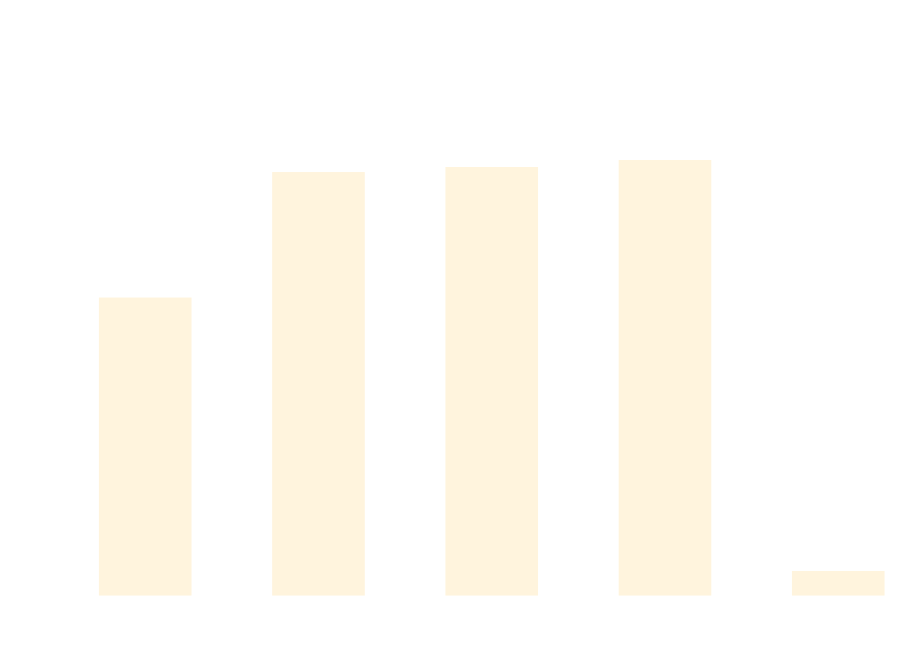
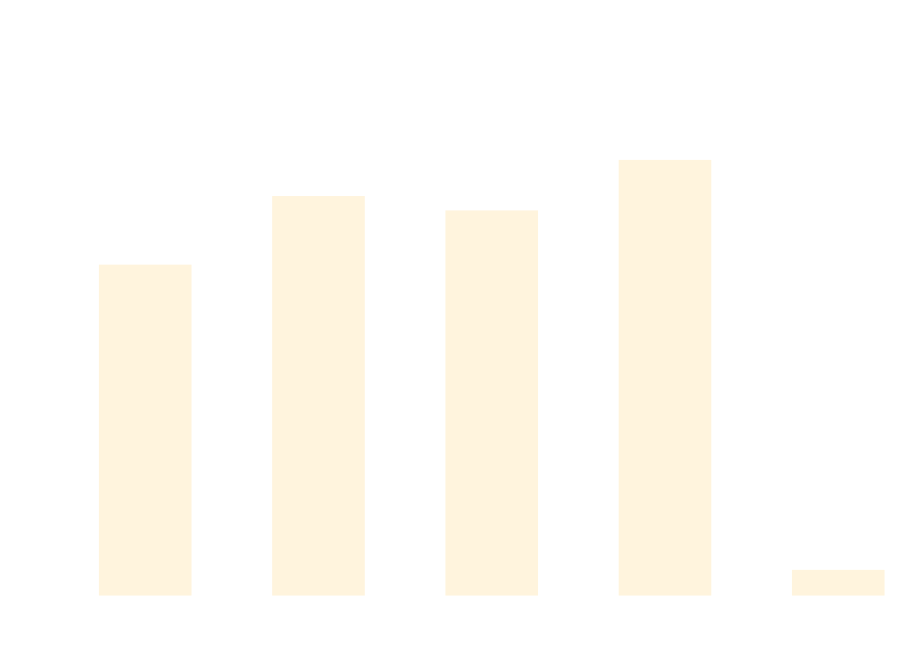
One commit to thomhurst/TUnit changed the diagram in docs/docs/benchmarks/DataDrivenTests.md. Above: the diagram before and after it, drawn with Mermaid. The commit also changed other lines of this file and 17 other files, not shown here.

````diff
--- a/docs/docs/benchmarks/DataDrivenTests.md
+++ b/docs/docs/benchmarks/DataDrivenTests.md
@@ -27,37 +27,37 @@
 ```mermaid
 %%{init: {
   'theme':'base',
   'themeVariables': {
     'primaryColor': '#2563eb',
     'primaryTextColor': '#ffffff',
     'primaryBorderColor': '#1e40af',
     'lineColor': '#6b7280',
     'secondaryColor': '#7c3aed',
     'tertiaryColor': '#dc2626',
     'background': '#ffffff',
     'mainBkg': '#2563eb',
     'secondBkg': '#7c3aed',
     'tertiaryBkg': '#dc2626',
     'clusterBkg': '#f3f4f6',
     'edgeLabelBackground': '#ffffff',
     'tertiaryTextColor': '#1f2937',
     'pie1': '#2563eb',
     'pie2': '#7c3aed',
     'pie3': '#dc2626',
     'pie4': '#f59e0b',
     'pie5': '#10b981',
     'pie6': '#06b6d4',
     'pie7': '#ec4899',
     'pie8': '#6366f1',
     'pie9': '#84cc16',
     'pie10': '#f97316',
     'pie11': '#14b8a6',
     'pie12': '#a855f7'
   }
 }}%%
 xychart-beta
   title "DataDrivenTests Performance Comparison"
   x-axis ["TUnit", "NUnit", "MSTest", "xUnit3", "TUnit_AOT"]
-  y-axis "Time (ms)" 0 --> 793
-  bar [447.07, 641.68, 649.54, 660.41, 22.96]
+  y-axis "Time (ms)" 0 --> 713
+  bar [447.82, 543.5, 523.46, 593.88, 22.16]
 ```
````
